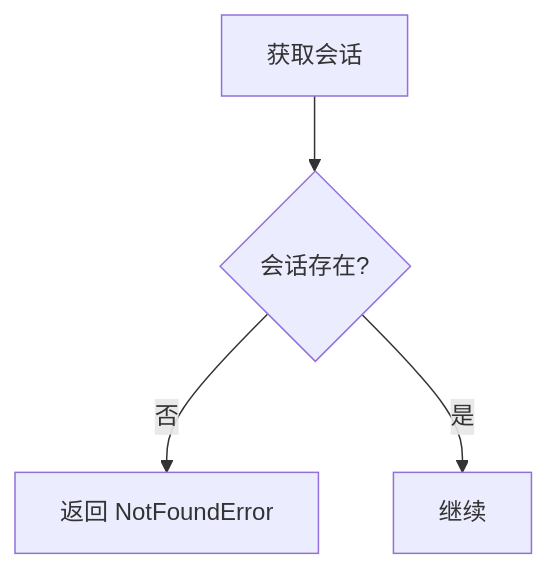
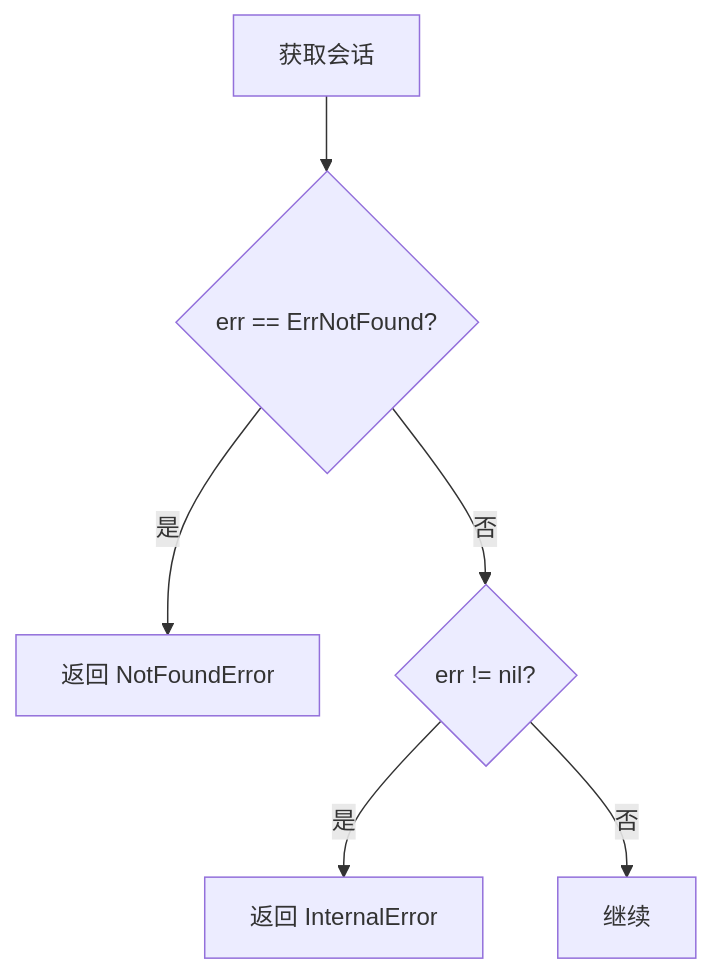
Before and after one commit to PineappleBond/xyncra-server: the third of 8 diagrams in wiki/flows/stream-text.md, drawn with Mermaid. The commit also changed other lines of this file and 21 other files, not shown here.

````diff
--- a/wiki/flows/stream-text.md
+++ b/wiki/flows/stream-text.md
@@ -130,6 +133,8 @@
 ```mermaid
 flowchart TD
-    A[获取会话] --> B{会话存在?}
-    B -->|否| C[返回 NotFoundError]
-    B -->|是| D[继续]
+    A[获取会话] --> B{err == ErrNotFound?}
+    B -->|是| C[返回 NotFoundError]
+    B -->|否| D{err != nil?}
+    D -->|是| E[返回 InternalError]
+    D -->|否| F[继续]
 ```
````
